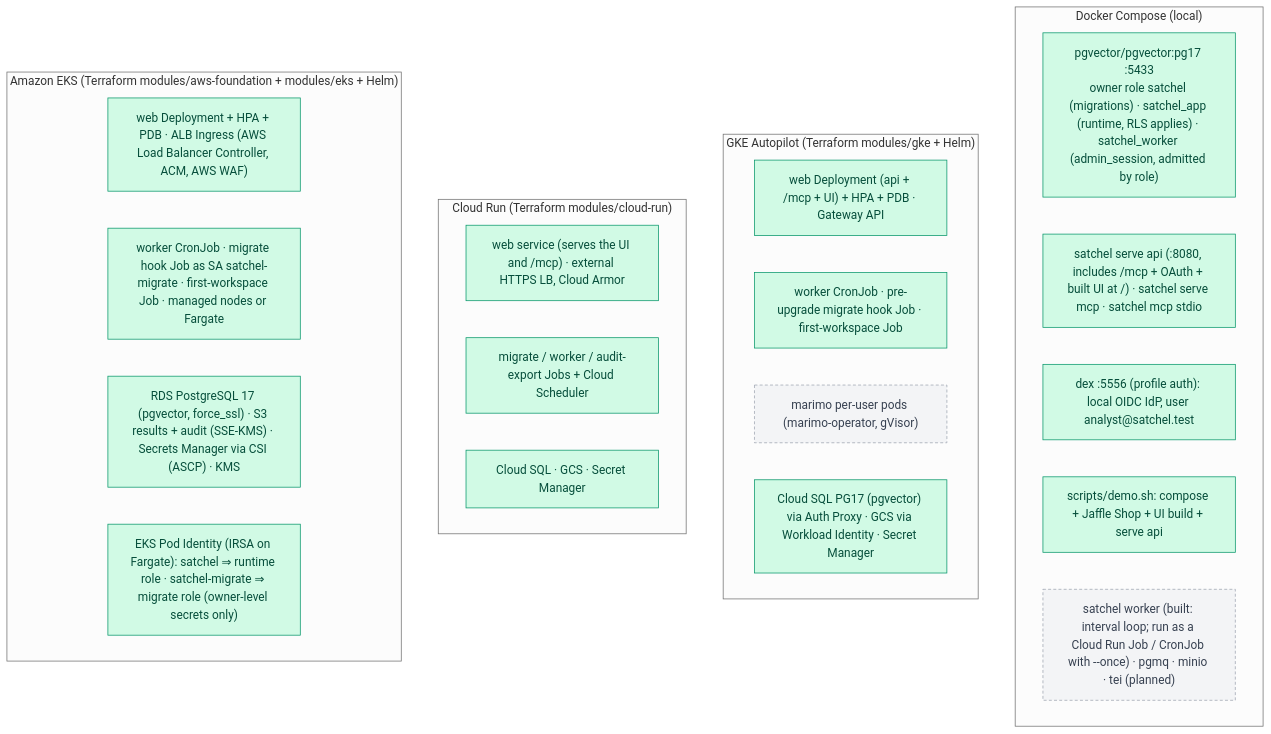
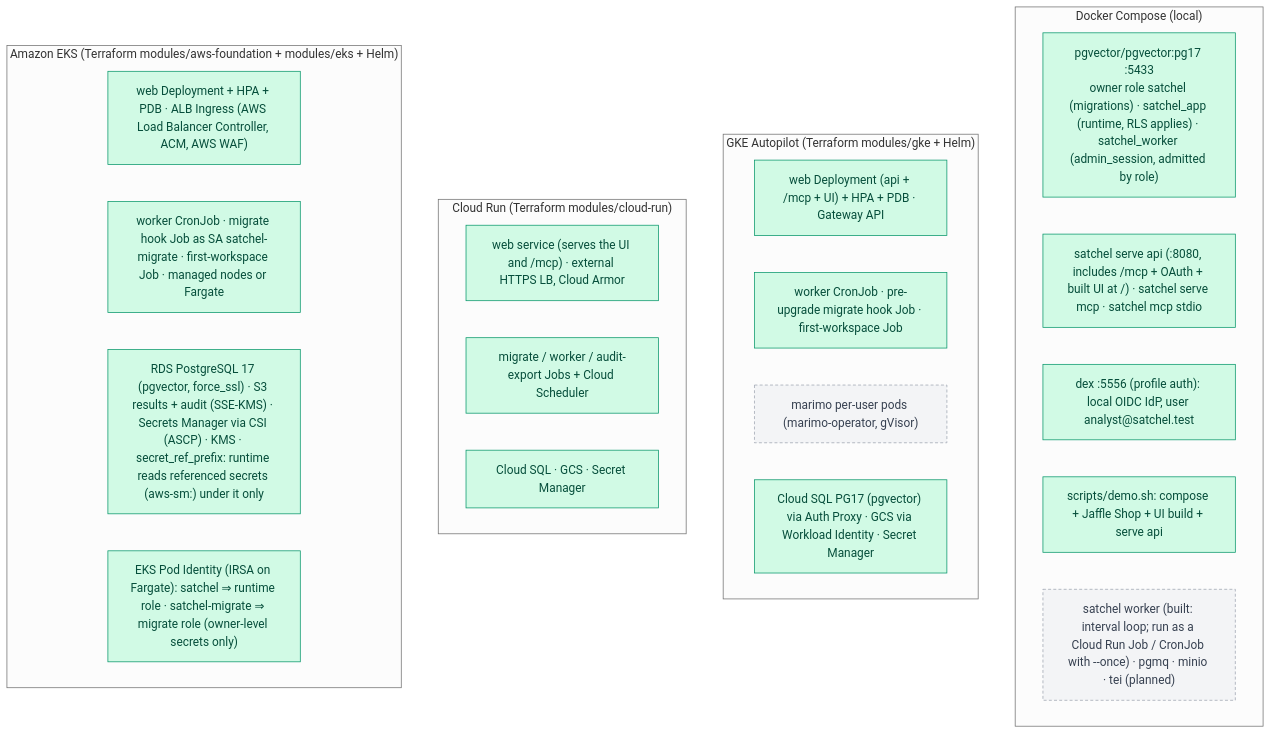
One commit to getsatchel/satchel changed the fourth of 4 diagrams in docs/architecture/system.md. Above: the diagram before and after it, drawn with Mermaid (neutral theme). The commit also changed 29 other files, not shown here.

First line of the commit message:
Terraform and Helm: secret manager references without hand setup (#73)

````diff
--- a/docs/architecture/system.md
+++ b/docs/architecture/system.md
@@ -377,30 +377,30 @@
 ```mermaid
 flowchart TB
   classDef built fill:#d1fae5,stroke:#059669,color:#064e3b
   classDef planned fill:#f3f4f6,stroke:#9ca3af,color:#374151,stroke-dasharray:4 3
 
   subgraph Compose["Docker Compose (local)"]
     c1["pgvector/pgvector:pg17 :5433<br/>owner role satchel (migrations) · satchel_app (runtime, RLS applies) · satchel_worker (admin_session, admitted by role)"]:::built
     c3["satchel serve api (:8080, includes /mcp + OAuth + built UI at /) · satchel serve mcp · satchel mcp stdio"]:::built
     c4["dex :5556 (profile auth): local OIDC IdP, user analyst@satchel.test"]:::built
     c5["scripts/demo.sh: compose + Jaffle Shop + UI build + serve api"]:::built
     c2["satchel worker (built: interval loop; run as a Cloud Run Job / CronJob with --once) · pgmq · minio · tei (planned)"]:::planned
   end
   subgraph GKE["GKE Autopilot (Terraform modules/gke + Helm)"]
     g1["web Deployment (api + /mcp + UI) + HPA + PDB · Gateway API"]:::built
     g2["worker CronJob · pre-upgrade migrate hook Job · first-workspace Job"]:::built
     g3["marimo per-user pods (marimo-operator, gVisor)"]:::planned
     g4["Cloud SQL PG17 (pgvector) via Auth Proxy · GCS via Workload Identity · Secret Manager"]:::built
   end
   subgraph CR["Cloud Run (Terraform modules/cloud-run)"]
     r1["web service (serves the UI and /mcp) · external HTTPS LB, Cloud Armor"]:::built
     r2["migrate / worker / audit-export Jobs + Cloud Scheduler"]:::built
     r3["Cloud SQL · GCS · Secret Manager"]:::built
   end
   subgraph EKS["Amazon EKS (Terraform modules/aws-foundation + modules/eks + Helm)"]
     e1["web Deployment + HPA + PDB · ALB Ingress (AWS Load Balancer Controller, ACM, AWS WAF)"]:::built
     e2["worker CronJob · migrate hook Job as SA satchel-migrate · first-workspace Job · managed nodes or Fargate"]:::built
-    e3["RDS PostgreSQL 17 (pgvector, force_ssl) · S3 results + audit (SSE-KMS) · Secrets Manager via CSI (ASCP) · KMS"]:::built
+    e3["RDS PostgreSQL 17 (pgvector, force_ssl) · S3 results + audit (SSE-KMS) · Secrets Manager via CSI (ASCP) · KMS · secret_ref_prefix: runtime reads referenced secrets (aws-sm:) under it only"]:::built
     e4["EKS Pod Identity (IRSA on Fargate): satchel ⇒ runtime role · satchel-migrate ⇒ migrate role (owner-level secrets only)"]:::built
   end
 ```
````
